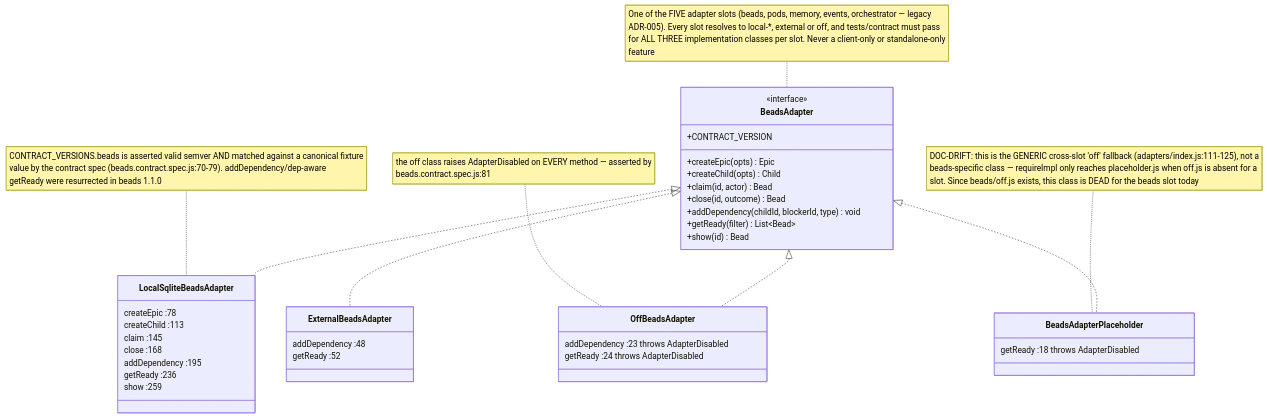
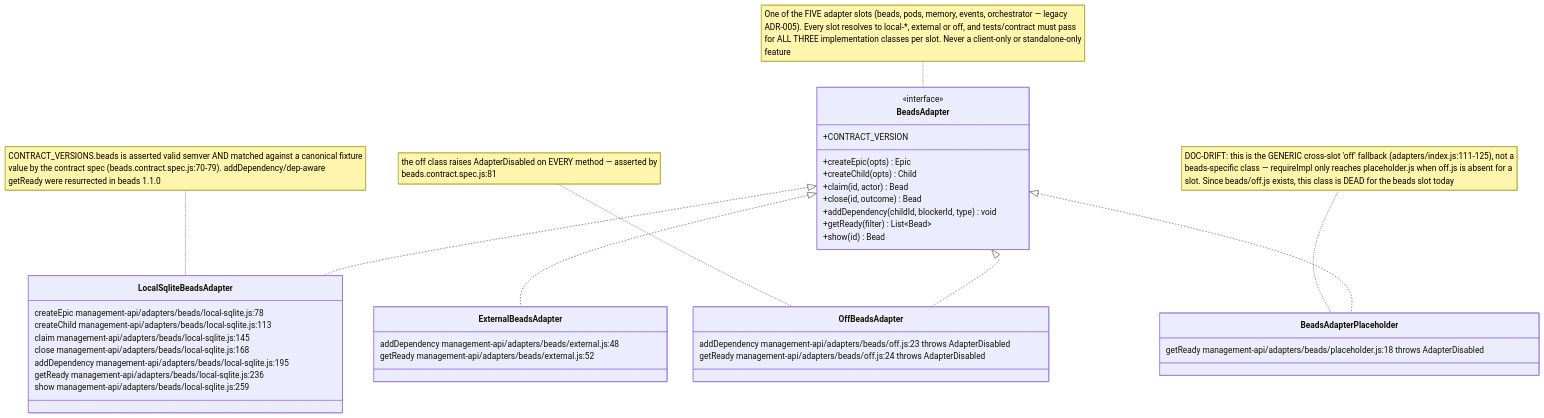
Before and after one commit to DreamLab-AI/VisionFlow: the fourth of 9 diagrams in docs/diagrams/agentbox/26-headroom-beads-spawn-brain.md, drawn with Mermaid. The commit also changed other lines of this file and 52 other files, not shown here.

First line of the commit message:
docs(diagrams): wave 3 checkpoint — bare line refs resolved, revision-pinned cite-check, VC-05/AB-01..13 re-attested

````diff
--- a/docs/diagrams/agentbox/26-headroom-beads-spawn-brain.md
+++ b/docs/diagrams/agentbox/26-headroom-beads-spawn-brain.md
@@ -154,42 +154,42 @@
 ```mermaid
 classDiagram
     class BeadsAdapter {
         <<interface>>
         +CONTRACT_VERSION
         +createEpic(opts) Epic
         +createChild(opts) Child
         +claim(id, actor) Bead
         +close(id, outcome) Bead
         +addDependency(childId, blockerId, type) void
         +getReady(filter) List~Bead~
         +show(id) Bead
     }
     class LocalSqliteBeadsAdapter {
-        createEpic :78
-        createChild :113
-        claim :145
-        close :168
-        addDependency :195
-        getReady :236
-        show :259
+        createEpic management-api/adapters/beads/local-sqlite.js:78
+        createChild management-api/adapters/beads/local-sqlite.js:113
+        claim management-api/adapters/beads/local-sqlite.js:145
+        close management-api/adapters/beads/local-sqlite.js:168
+        addDependency management-api/adapters/beads/local-sqlite.js:195
+        getReady management-api/adapters/beads/local-sqlite.js:236
+        show management-api/adapters/beads/local-sqlite.js:259
     }
     class ExternalBeadsAdapter {
-        addDependency :48
-        getReady :52
+        addDependency management-api/adapters/beads/external.js:48
+        getReady management-api/adapters/beads/external.js:52
     }
     class OffBeadsAdapter {
-        addDependency :23 throws AdapterDisabled
-        getReady :24 throws AdapterDisabled
+        addDependency management-api/adapters/beads/off.js:23 throws AdapterDisabled
+        getReady management-api/adapters/beads/off.js:24 throws AdapterDisabled
     }
     class BeadsAdapterPlaceholder {
-        getReady :18 throws AdapterDisabled
+        getReady management-api/adapters/beads/placeholder.js:18 throws AdapterDisabled
     }
     BeadsAdapter <|.. LocalSqliteBeadsAdapter
     BeadsAdapter <|.. ExternalBeadsAdapter
     BeadsAdapter <|.. OffBeadsAdapter
     BeadsAdapter <|.. BeadsAdapterPlaceholder
     note for BeadsAdapter "One of the FIVE adapter slots (beads, pods, memory, events, orchestrator — legacy<br/>ADR-005). Every slot resolves to local-*, external or off, and tests/contract must pass<br/>for ALL THREE implementation classes per slot. Never a client-only or standalone-only<br/>feature"
     note for LocalSqliteBeadsAdapter "CONTRACT_VERSIONS.beads is asserted valid semver AND matched against a canonical fixture<br/>value by the contract spec (beads.contract.spec.js:70-79). addDependency/dep-aware<br/>getReady were resurrected in beads 1.1.0"
     note for OffBeadsAdapter "the off class raises AdapterDisabled on EVERY method — asserted by<br/>beads.contract.spec.js:81"
     note for BeadsAdapterPlaceholder "DOC-DRIFT: this is the GENERIC cross-slot 'off' fallback (adapters/index.js:111-125), not a<br/>beads-specific class — requireImpl only reaches placeholder.js when off.js is absent for a<br/>slot. Since beads/off.js exists, this class is DEAD for the beads slot today"
 ```
````
